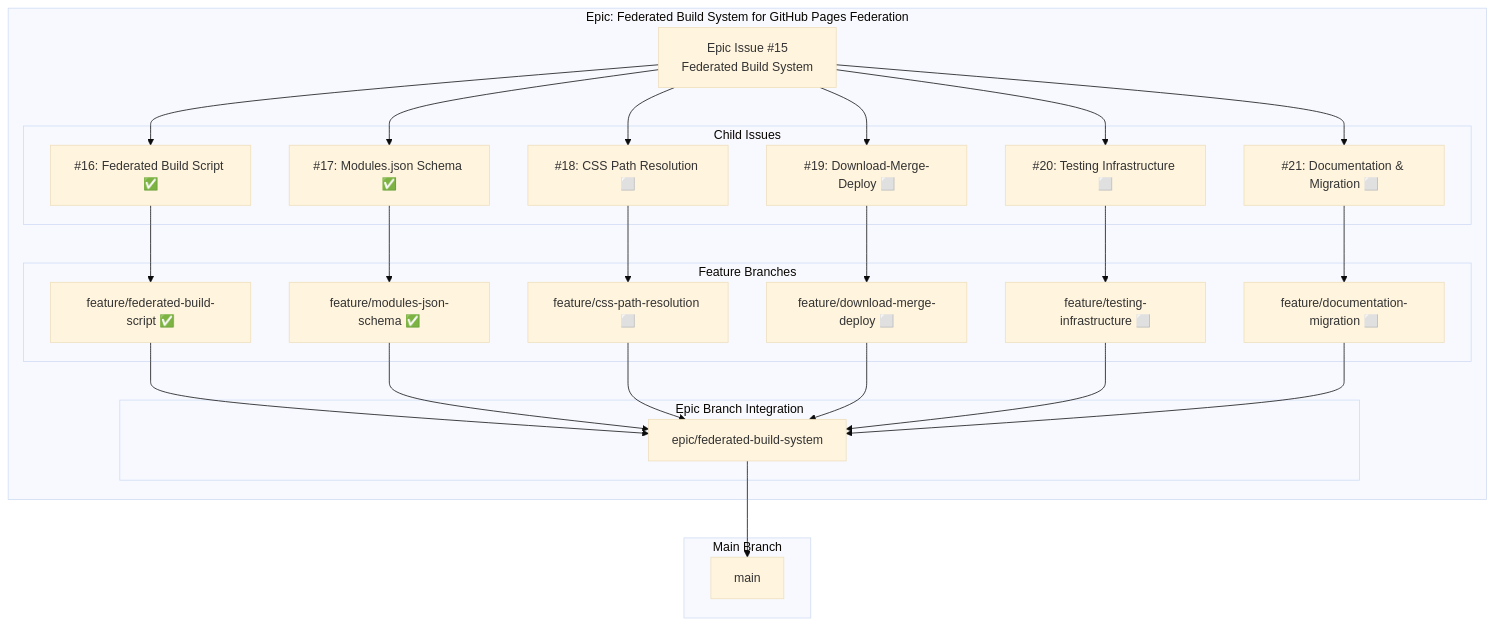
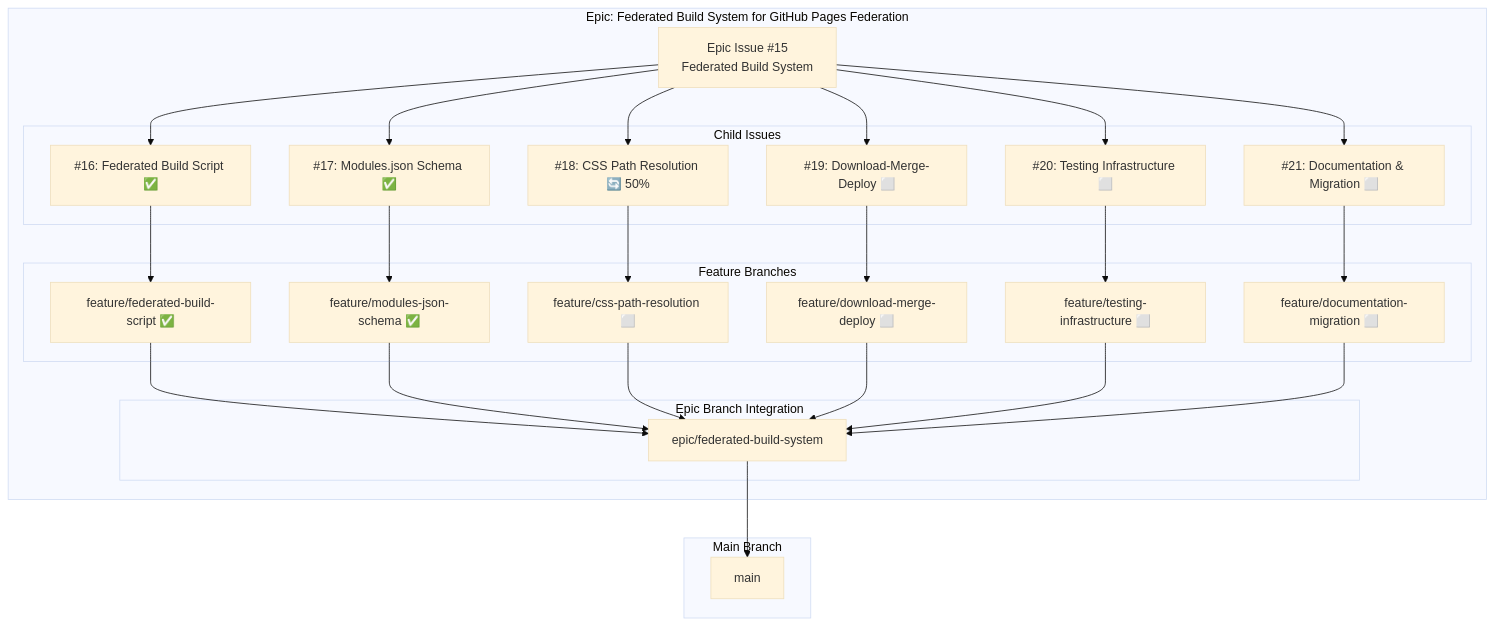
One commit to info-tech-io/hugo-templates changed the first of 7 diagrams in docs/proposals/epic-15-federated-build-system/progress.md. Above: the diagram before and after it, drawn with Mermaid (base theme). The commit also changed other lines of this file, not shown here.

````diff
--- a/docs/proposals/epic-15-federated-build-system/progress.md
+++ b/docs/proposals/epic-15-federated-build-system/progress.md
@@ -5,55 +5,55 @@
 ```mermaid
 graph TB
     subgraph "Epic: Federated Build System for GitHub Pages Federation"
         E[Epic Issue #15<br/>Federated Build System]
 
         subgraph "Child Issues"
             C1[#16: Federated Build Script ✅]
             C2[#17: Modules.json Schema ✅]
-            C3[#18: CSS Path Resolution ⬜]
+            C3[#18: CSS Path Resolution 🔄 50%]
             C4[#19: Download-Merge-Deploy ⬜]
             C5[#20: Testing Infrastructure ⬜]
             C6[#21: Documentation & Migration ⬜]
         end
 
         subgraph "Feature Branches"
             F1[feature/federated-build-script ✅]
             F2[feature/modules-json-schema ✅]
             F3[feature/css-path-resolution ⬜]
             F4[feature/download-merge-deploy ⬜]
             F5[feature/testing-infrastructure ⬜]
             F6[feature/documentation-migration ⬜]
         end
 
         subgraph "Epic Branch Integration"
             EB[epic/federated-build-system]
         end
 
         E --> C1
         E --> C2
         E --> C3
         E --> C4
         E --> C5
         E --> C6
 
         C1 --> F1
         C2 --> F2
         C3 --> F3
         C4 --> F4
         C5 --> F5
         C6 --> F6
 
         F1 --> EB
         F2 --> EB
         F3 --> EB
         F4 --> EB
         F5 --> EB
         F6 --> EB
     end
 
     subgraph "Main Branch"
         M[main]
     end
 
     EB --> M
 ```
````
